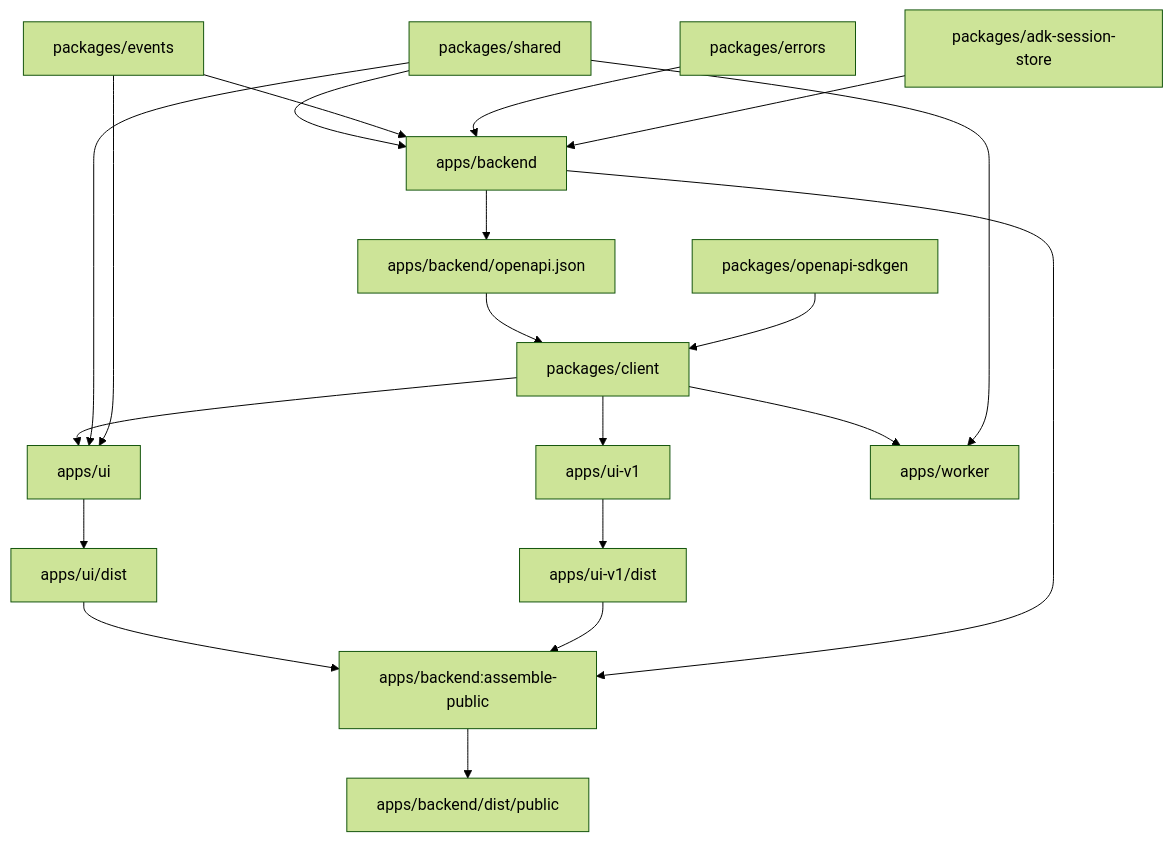
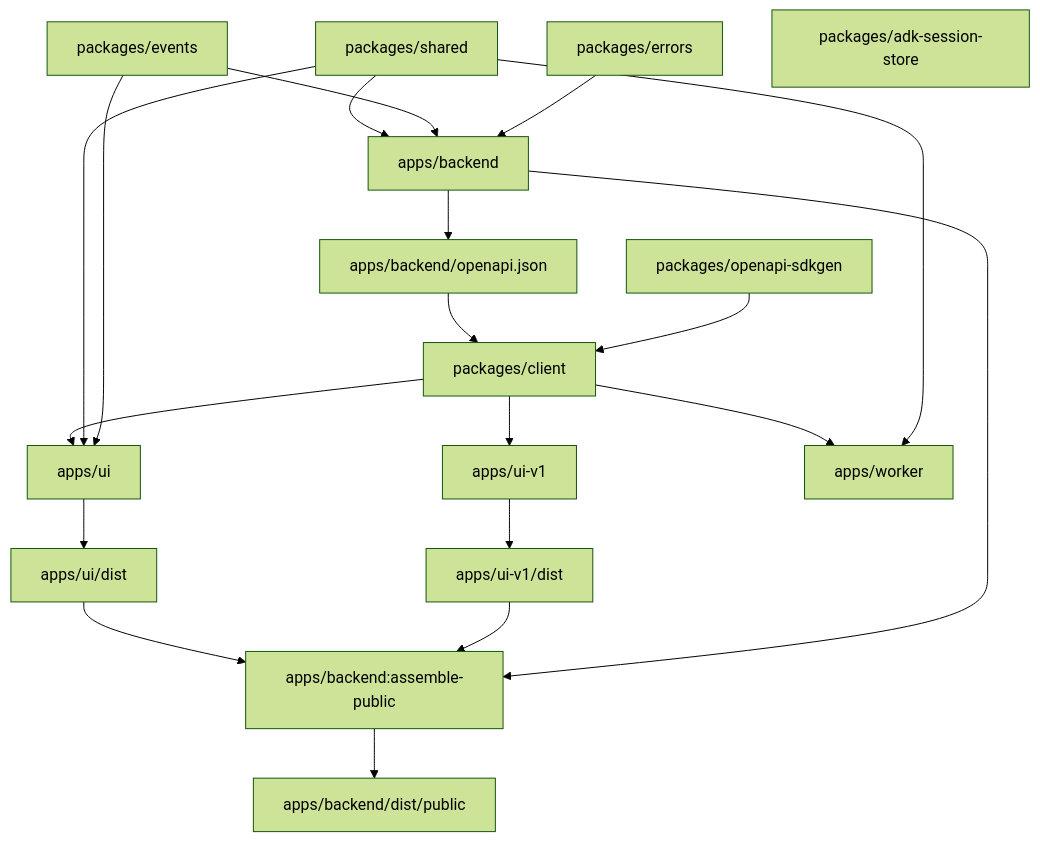
One commit to galarzafrancisco/ai-monorepo changed the diagram in dependencies.md. Above: the diagram before and after it, drawn with Mermaid (forest theme). The commit also changed other lines of this file and 61 other files, not shown here.

````diff
--- a/dependencies.md
+++ b/dependencies.md
@@ -109,44 +107,43 @@
 ```mermaid
 flowchart TD
   shared["packages/shared"]
   events["packages/events"]
   errors["packages/errors"]
   adk["packages/adk-session-store"]
   sdkgen["packages/openapi-sdkgen"]
 
   backend["apps/backend"]
   backendSpec["apps/backend/openapi.json"]
   client["packages/client"]
   ui["apps/ui"]
   uiV1["apps/ui-v1"]
   uiDist["apps/ui/dist"]
   uiV1Dist["apps/ui-v1/dist"]
   assemble["apps/backend:assemble-public"]
   backendPublic["apps/backend/dist/public"]
   worker["apps/worker"]
 
   shared --> backend
   events --> backend
   errors --> backend
-  adk --> backend
 
   backend --> backendSpec
   backendSpec --> client
   sdkgen --> client
 
   client --> ui
   shared --> ui
   events --> ui
 
   client --> uiV1
 
   client --> worker
   shared --> worker
 
   ui --> uiDist
   uiV1 --> uiV1Dist
   uiDist --> assemble
   uiV1Dist --> assemble
   backend --> assemble
   assemble --> backendPublic
 ```
````
